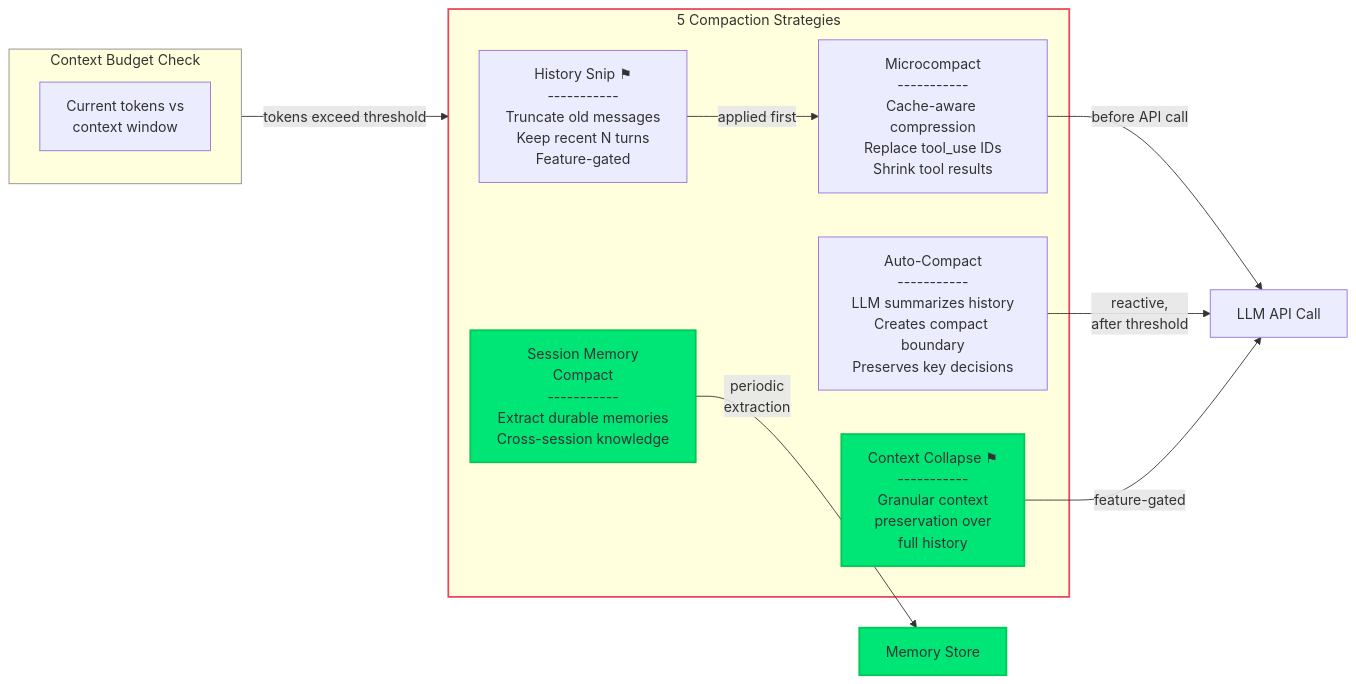
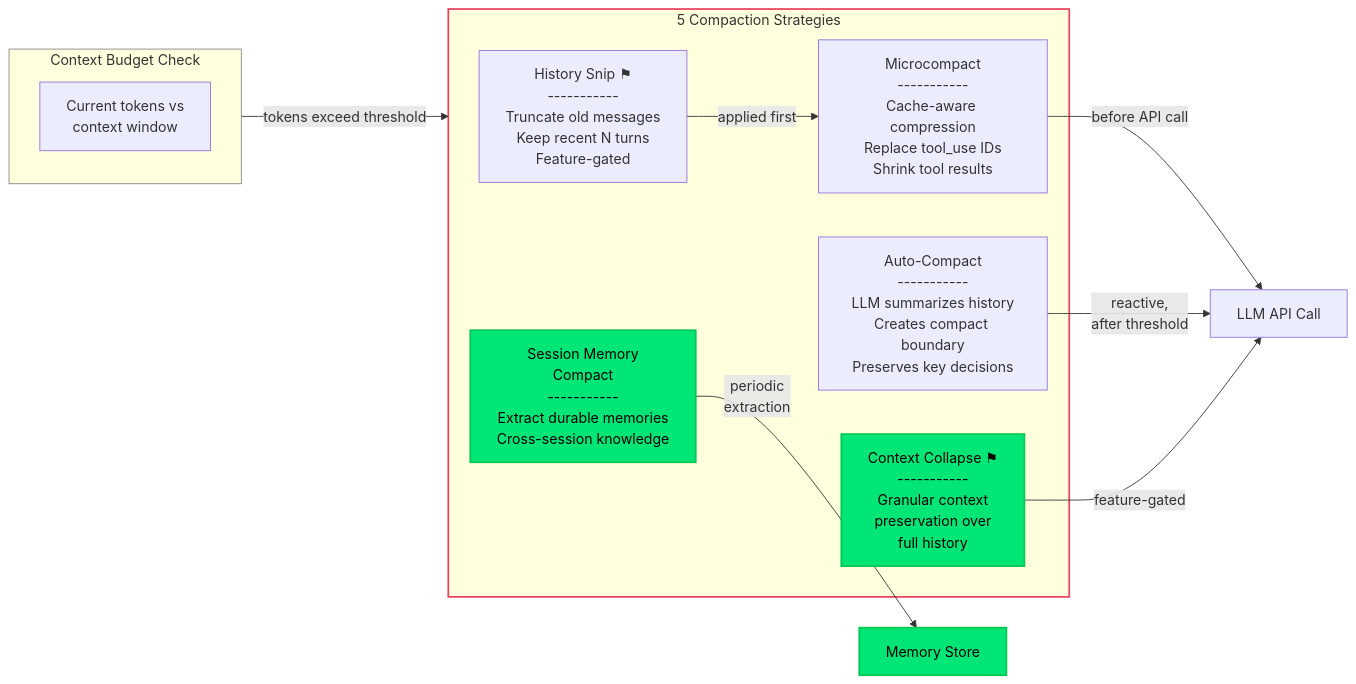
The tenth of 14 diagrams in DIAGRAMS.md (PavelValentov/multi-agent-architecture), drawn with Mermaid before and after one commit. The commit also changed other lines of this file, not shown here.

````diff
--- a/DIAGRAMS.md
+++ b/DIAGRAMS.md
@@ -860,28 +860,28 @@
 ```mermaid
 flowchart LR
     subgraph Input["Context Budget Check"]
         TOKENS["Current tokens vs<br/>context window"]
     end
 
     Input -->|"tokens exceed threshold"| STRATEGIES
 
     subgraph STRATEGIES["5 Compaction Strategies"]
         SNIP["History Snip ⚑<br/>-----------<br/>Truncate old messages<br/>Keep recent N turns<br/>Feature-gated"]
         MICRO["Microcompact<br/>-----------<br/>Cache-aware compression<br/>Replace tool_use IDs<br/>Shrink tool results"]
         AUTO["Auto-Compact<br/>-----------<br/>LLM summarizes history<br/>Creates compact boundary<br/>Preserves key decisions"]
         CTX_COLLAPSE["Context Collapse ⚑<br/>-----------<br/>Granular context<br/>preservation over<br/>full history"]
         SESSION_MEM["Session Memory<br/>Compact<br/>-----------<br/>Extract durable memories<br/>Cross-session knowledge"]
     end
 
     SNIP -->|"applied first"| MICRO
     MICRO -->|"before API call"| API_CALL["LLM API Call"]
     AUTO -->|"reactive,<br/>after threshold"| API_CALL
     CTX_COLLAPSE -->|"feature-gated"| API_CALL
     SESSION_MEM -->|"periodic<br/>extraction"| MEMORY_STORE["Memory Store"]
 
     style Input stroke:#888,stroke-width:1px
     style STRATEGIES stroke:#e94560,stroke-width:2px
-    style SESSION_MEM fill:#00e676,stroke:#00c853,stroke-width:2px
-    style CTX_COLLAPSE fill:#00e676,stroke:#00c853,stroke-width:2px
-    style MEMORY_STORE fill:#00e676,stroke:#00c853,stroke-width:2px
+    style SESSION_MEM fill:#00e676,stroke:#00c853,stroke-width:2px,color:#000
+    style CTX_COLLAPSE fill:#00e676,stroke:#00c853,stroke-width:2px,color:#000
+    style MEMORY_STORE fill:#00e676,stroke:#00c853,stroke-width:2px,color:#000
 ```
````
